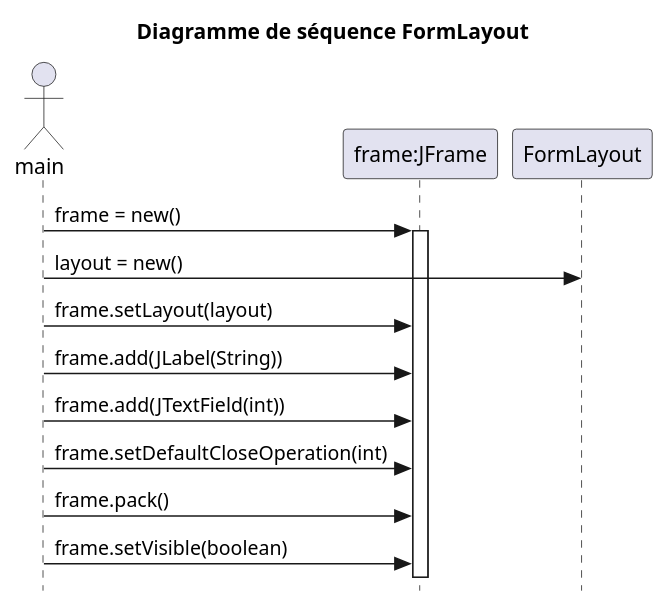
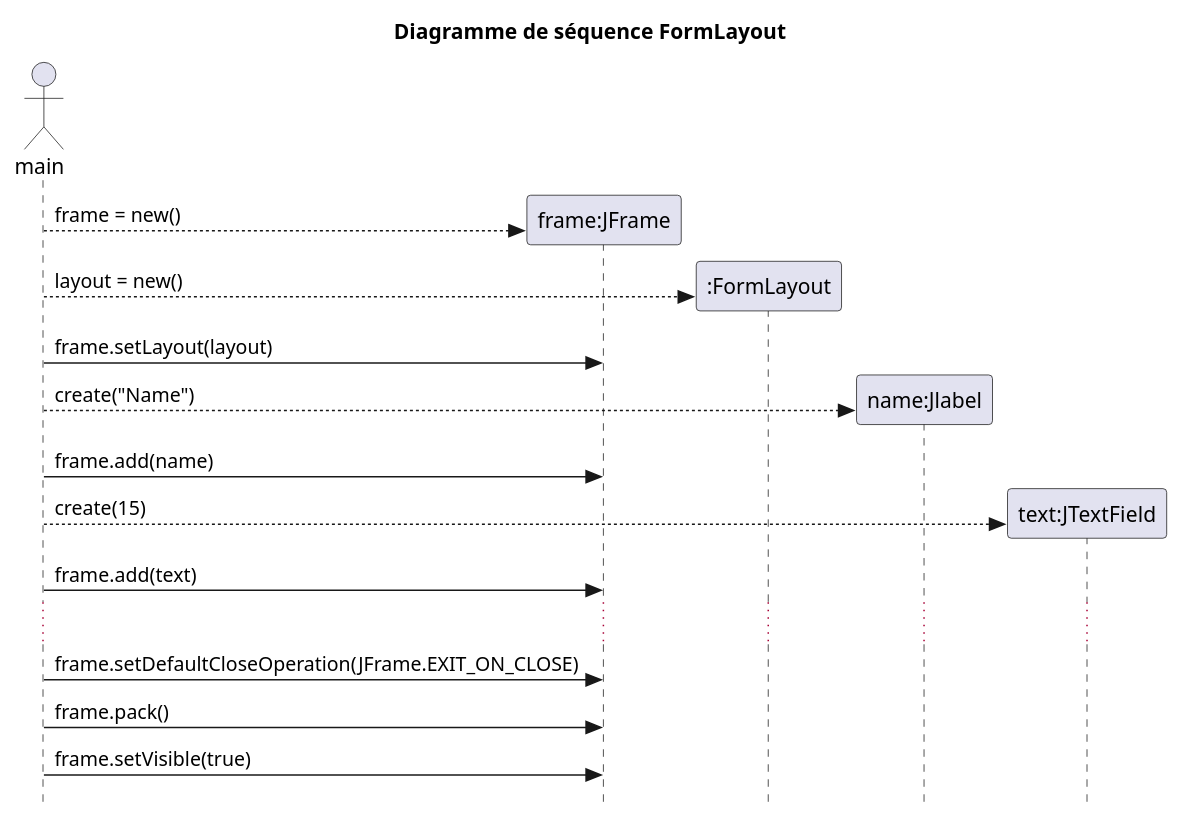
One commit to yvanross/LOG121-GOF-exemples changed the second of 2 diagrams in src/main/java/Strategie/LayoutManager/README.puml. Above: the diagram before and after it, drawn with PlantUML. The commit also changed other lines of this file and 27 other files, not shown here.

```diff
--- a/src/main/java/Strategie/LayoutManager/README.puml
+++ b/src/main/java/Strategie/LayoutManager/README.puml
@@ -19,18 +22,21 @@
 @startuml diagamme de séquence
 skinparam Style strictuml
 title Diagramme de séquence FormLayout
-
 actor main
 participant "frame:JFrame" as Frame
-
-main -> Frame  : frame = new()
-activate Frame
-main -> FormLayout  : layout = new()
+participant ":FormLayout" as FormLayout
+participant "name:Jlabel" as name
+participant "text:JTextField" as text
+main --> Frame**: frame = new()
+main --> FormLayout**: layout = new()
 main -> Frame : frame.setLayout(layout)
-main -> Frame : frame.add(JLabel(String))
-main -> Frame : frame.add(JTextField(int))
-main -> Frame : frame.setDefaultCloseOperation(int)
+main --> name**: create("Name")
+main -> Frame : frame.add(name)
+main --> text**: create(15)
+main -> Frame : frame.add(text)
+...
+main -> Frame : frame.setDefaultCloseOperation(JFrame.EXIT_ON_CLOSE)
 main -> Frame : frame.pack()
-main -> Frame : frame.setVisible(boolean) 
+main -> Frame : frame.setVisible(true) 
 
 @enduml
```
